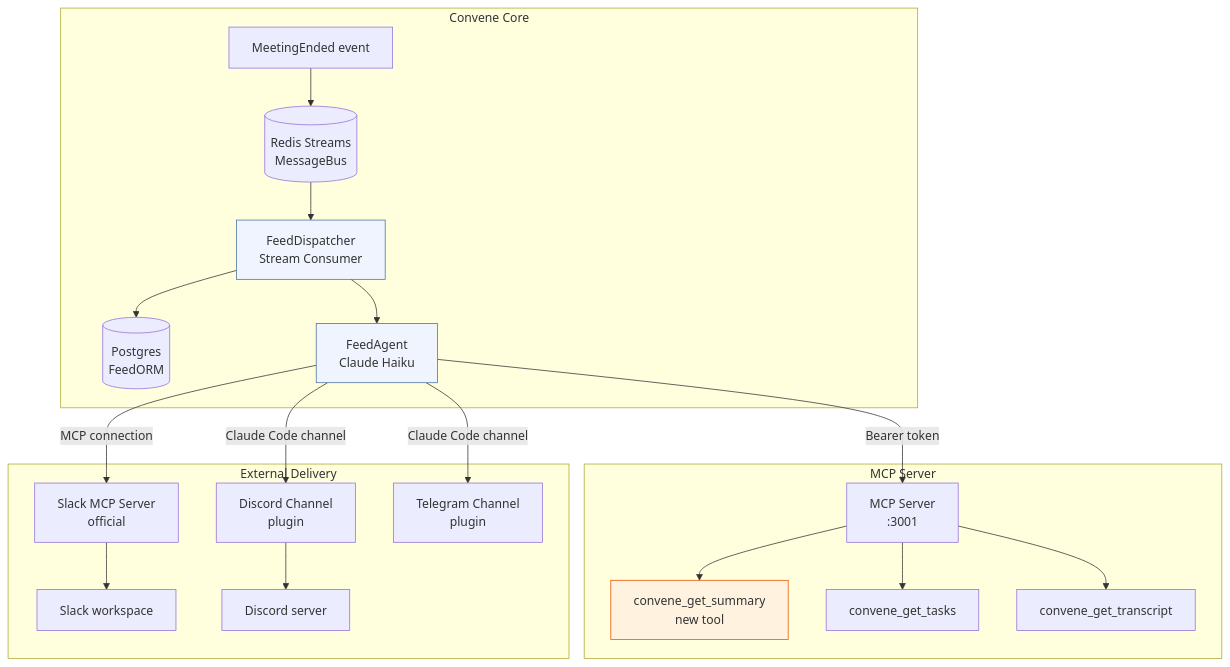
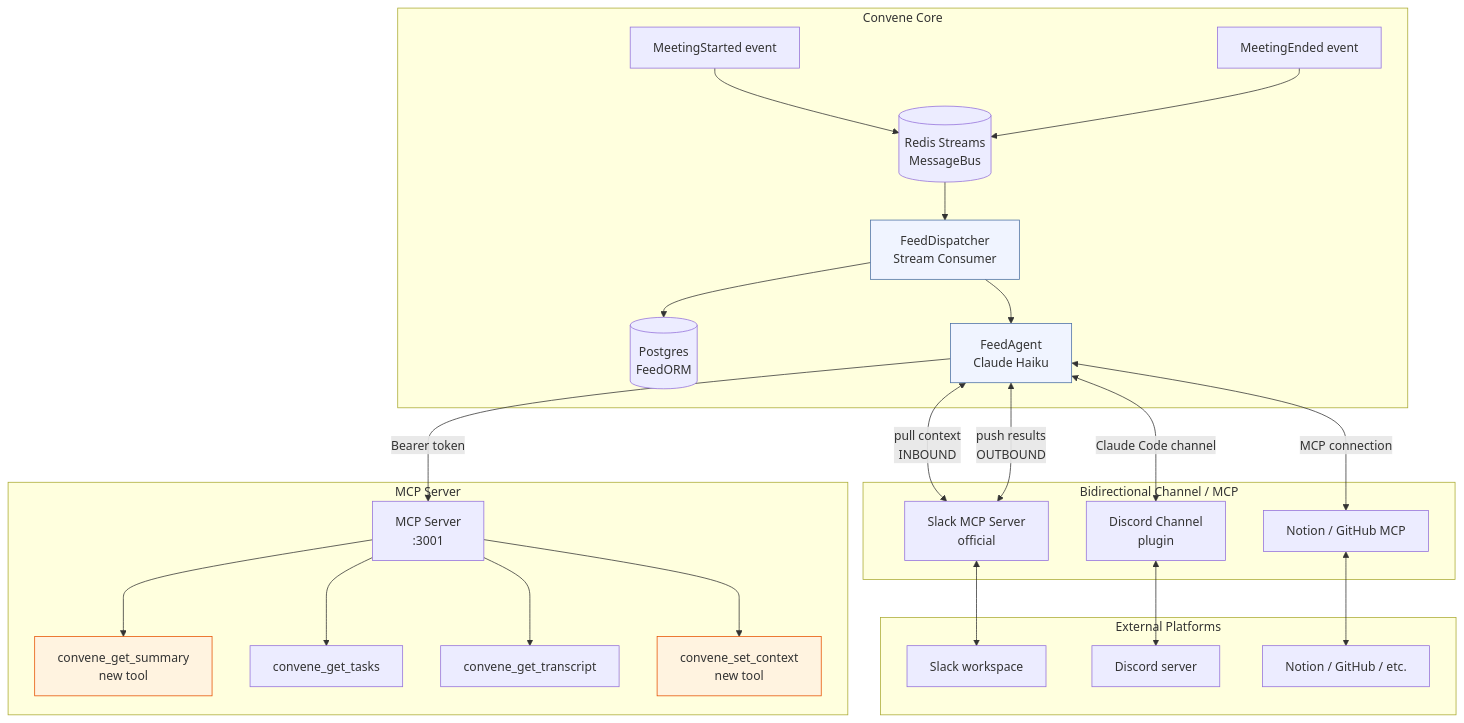
One commit to dyerinnovation/kutana-ai changed the diagram in internal-docs/architecture/decisions/convene-feeds-design.md. Above: the diagram before and after it, drawn with Mermaid. The commit also changed other lines of this file, not shown here.

First line of the commit message:
docs: revise Convene Feeds design with bidirectional feeds, security, and meeting UI

````diff
--- a/internal-docs/architecture/decisions/convene-feeds-design.md
+++ b/internal-docs/architecture/decisions/convene-feeds-design.md
@@ -15,28 +17,39 @@
 ```mermaid
 flowchart TD
+    subgraph External Platforms
+        Slack[Slack workspace]
+        Discord[Discord server]
+        Notion[Notion / GitHub / etc.]
+    end
+
     subgraph Convene Core
-        ME[MeetingEnded event] --> MB[(Redis Streams\nMessageBus)]
+        MS[MeetingStarted event] --> MB[(Redis Streams\nMessageBus)]
+        ME[MeetingEnded event] --> MB
         MB --> FD[FeedDispatcher\nStream Consumer]
         FD --> DB[(Postgres\nFeedORM)]
         FD --> AG[FeedAgent\nClaude Haiku]
     end
 
     subgraph MCP Server
         AG -->|Bearer token| MCP[MCP Server\n:3001]
         MCP --> GS[convene_get_summary\nnew tool]
         MCP --> GT[convene_get_tasks]
         MCP --> GTr[convene_get_transcript]
+        MCP --> SC[convene_set_context\nnew tool]
     end
 
-    subgraph External Delivery
-        AG -->|MCP connection| SlackMCP[Slack MCP Server\nofficial]
-        AG -->|Claude Code channel| DiscordCh[Discord Channel\nplugin]
-        AG -->|Claude Code channel| TelegramCh[Telegram Channel\nplugin]
-        SlackMCP --> Slack[Slack workspace]
-        DiscordCh --> Discord[Discord server]
+    subgraph Bidirectional Channel / MCP
+        AG <-->|pull context\n INBOUND| SlackMCP[Slack MCP Server\nofficial]
+        AG <-->|push results\n OUTBOUND| SlackMCP
+        AG <-->|Claude Code channel| DiscordCh[Discord Channel\nplugin]
+        SlackMCP <--> Slack
+        DiscordCh <--> Discord
+        AG <-->|MCP connection| NotionMCP[Notion / GitHub MCP]
+        NotionMCP <--> Notion
     end
 
     style FD fill:#f0f4ff,stroke:#4a6fa5
     style AG fill:#f0f4ff,stroke:#4a6fa5
     style GS fill:#fff3e0,stroke:#e65100
+    style SC fill:#fff3e0,stroke:#e65100
 ```
````
